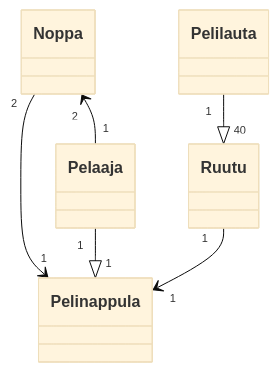
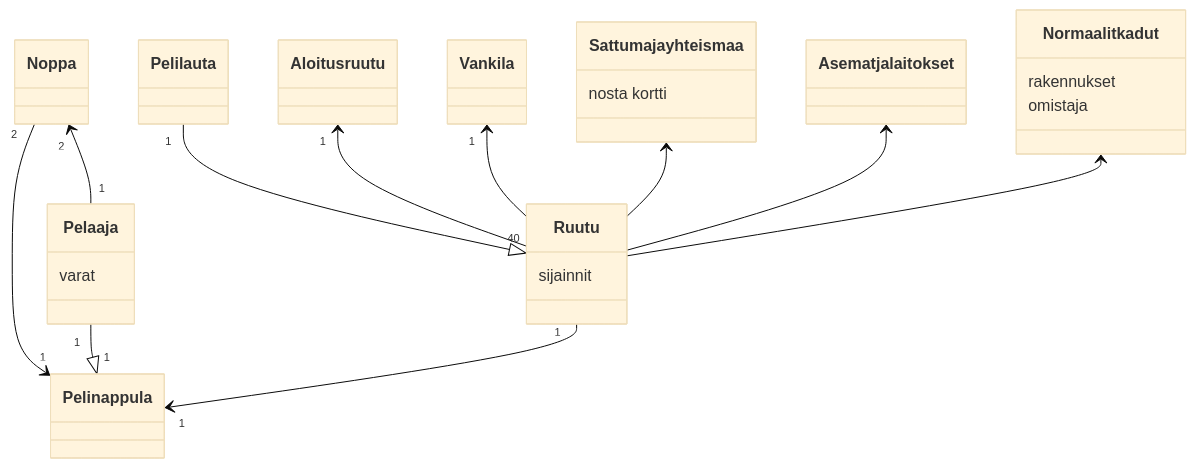
The diagram in laskarit/viikko3/monopoli.md (samusyrjanen/ot-harjoitustyo), drawn with Mermaid (base theme) before and after one commit.

Commit message:
monopoly.md

````diff
--- a/laskarit/viikko3/monopoli.md
+++ b/laskarit/viikko3/monopoli.md
@@ -1,23 +1,44 @@
 ```mermaid
  classDiagram
       Noppa "2" <-- "1" Pelaaja
       Noppa "2" --> "1" Pelinappula
       Pelaaja "1" --|> "1" Pelinappula
       Pelilauta "1" --|> "40" Ruutu
       Ruutu "1" --> "1" Pelinappula
+      Aloitusruutu "1" <-- Ruutu
+      Vankila "1" <-- Ruutu
+      Sattuma ja yhteismaa <-- Ruutu
+      Asemat ja laitokset <-- Ruutu
+      Normaalit kadut <-- Ruutu
       class Noppa{
 
       }
       class Pelaaja{
-
+          varat
       }
       class Pelilauta{
 
       }
       class Ruutu{
-
+          sijainnit
       }
       class Pelinappula{
 
       }
+      class Aloitusruutu{
+          
+      }
+      class Vankila{
+
+      }
+      class Sattuma ja yhteismaa{
+          nosta kortti
+      }
+      class Asemat ja laitokset{
+
+      }
+      class Normaalit kadut{
+          rakennukset
+          omistaja
+      }
 ```
````
